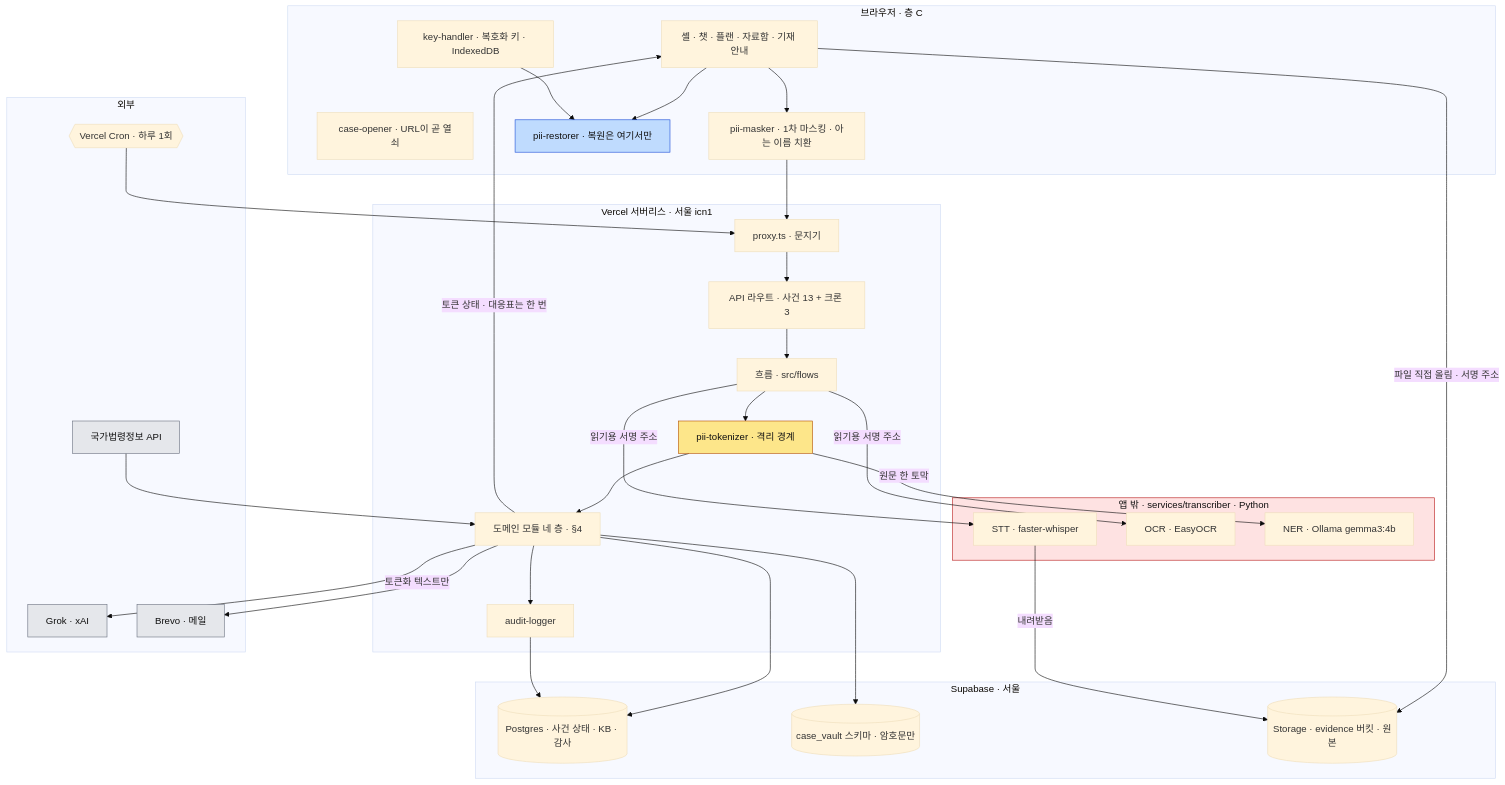
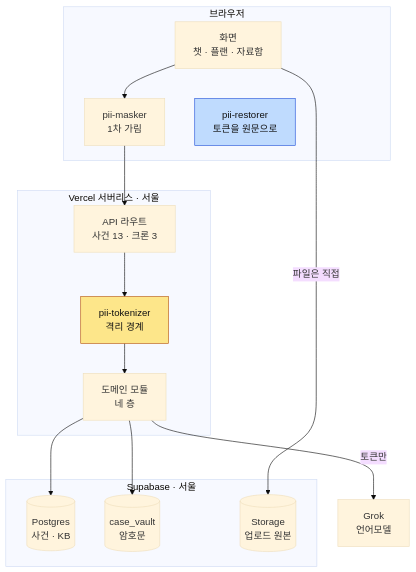
Before and after one commit to Dojaegyum/fsec-ai-challenge: the first of 10 diagrams in ARCHITECTURE.md, drawn with Mermaid (base theme). The commit also changed other lines of this file and 4 other files, not shown here.

First line of the commit message:
ARCHITECTURE.md 그림을 뷰어에서 안 잘리게 다시 그리고, ADR 번호를 그림·본문에서 걷어 절 끝 「근거」로 모으고, 환경·시크릿 절을 없앤다

````diff
--- a/ARCHITECTURE.md
+++ b/ARCHITECTURE.md
@@ -32,63 +29,28 @@
 ```mermaid
 flowchart TB
-    subgraph CLIENT["브라우저 · 층 C"]
-        OPEN["case-opener · URL이 곧 열쇠"]
-        UI["셸 · 챗 · 플랜 · 자료함 · 기재 안내"]
-        MASK["pii-masker · 1차 마스킹 · 아는 이름 치환"]
-        KEY["key-handler · 복호화 키 · IndexedDB"]
-        REST["pii-restorer · 복원은 여기서만"]
+    subgraph B["브라우저"]
+        UI["화면<br/>챗 · 플랜 · 자료함"] --> MASK["pii-masker<br/>1차 가림"]
+        REST["pii-restorer<br/>토큰을 원문으로"]
     end
 
-    subgraph SERVER["Vercel 서버리스 · 서울 icn1"]
-        GATE["proxy.ts · 문지기"]
-        API["API 라우트 · 사건 13 + 크론 3"]
-        FLOW["흐름 · src/flows"]
-        BOUND["pii-tokenizer · 격리 경계"]
-        CORE["도메인 모듈 네 층 · §4"]
-        AUDIT["audit-logger"]
+    subgraph V["Vercel 서버리스 · 서울"]
+        API["API 라우트<br/>사건 13 · 크론 3"] --> TOK["pii-tokenizer<br/>격리 경계"] --> CORE["도메인 모듈<br/>네 층"]
     end
 
-    subgraph STORE["Supabase · 서울"]
-        PG[("Postgres · 사건 상태 · KB · 감사")]
-        KV[("case_vault 스키마 · 암호문만")]
-        BLOB[("Storage · evidence 버킷 · 원본")]
+    subgraph D["Supabase · 서울"]
+        PG[("Postgres<br/>사건 · KB")]
+        KV[("case_vault<br/>암호문")]
+        BLOB[("Storage<br/>업로드 원본")]
     end
 
-    subgraph SVC["앱 밖 · services/transcriber · Python"]
-        STT["STT · faster-whisper"]
-        OCR["OCR · EasyOCR"]
-        NER["NER · Ollama gemma3:4b"]
-    end
+    GROK["Grok<br/>언어모델"]
 
-    subgraph EXT["외부"]
-        GROK["Grok · xAI"]
-        LAW["국가법령정보 API"]
-        MAIL["Brevo · 메일"]
-        CRON{{"Vercel Cron · 하루 1회"}}
-    end
-
-    UI --> MASK --> GATE --> API --> FLOW
-    FLOW --> BOUND --> CORE
-    CRON --> GATE
-    UI -- "파일 직접 올림 · 서명 주소" --> BLOB
-    FLOW -- "읽기용 서명 주소" --> STT
-    FLOW -- "읽기용 서명 주소" --> OCR
-    STT -- "내려받음" --> BLOB
-    BOUND -- "원문 한 토막" --> NER
+    MASK --> API
+    UI -- "파일은 직접" --> BLOB
     CORE --> PG
     CORE --> KV
-    CORE -- "토큰화 텍스트만" --> GROK
-    LAW --> CORE
-    CORE --> MAIL
-    CORE --> AUDIT --> PG
-    CORE -- "토큰 상태 · 대응표는 한 번" --> UI
-    UI --> REST
-    KEY --> REST
+    CORE -- "토큰만" --> GROK
 
-    style BOUND fill:#fde68a,stroke:#b45309,color:#111
+    style TOK fill:#fde68a,stroke:#b45309,color:#111
     style REST fill:#bfdbfe,stroke:#1d4ed8,color:#111
-    style SVC fill:#fee2e2,stroke:#b91c1c,color:#111
-    style GROK fill:#e5e7eb,stroke:#6b7280,color:#111
-    style LAW fill:#e5e7eb,stroke:#6b7280,color:#111
-    style MAIL fill:#e5e7eb,stroke:#6b7280,color:#111
 ```
````
